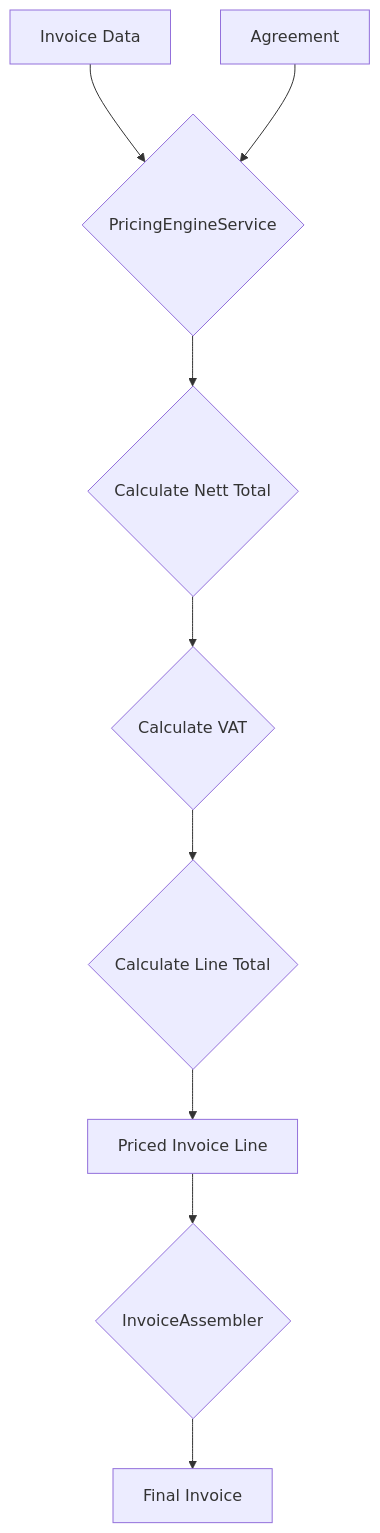
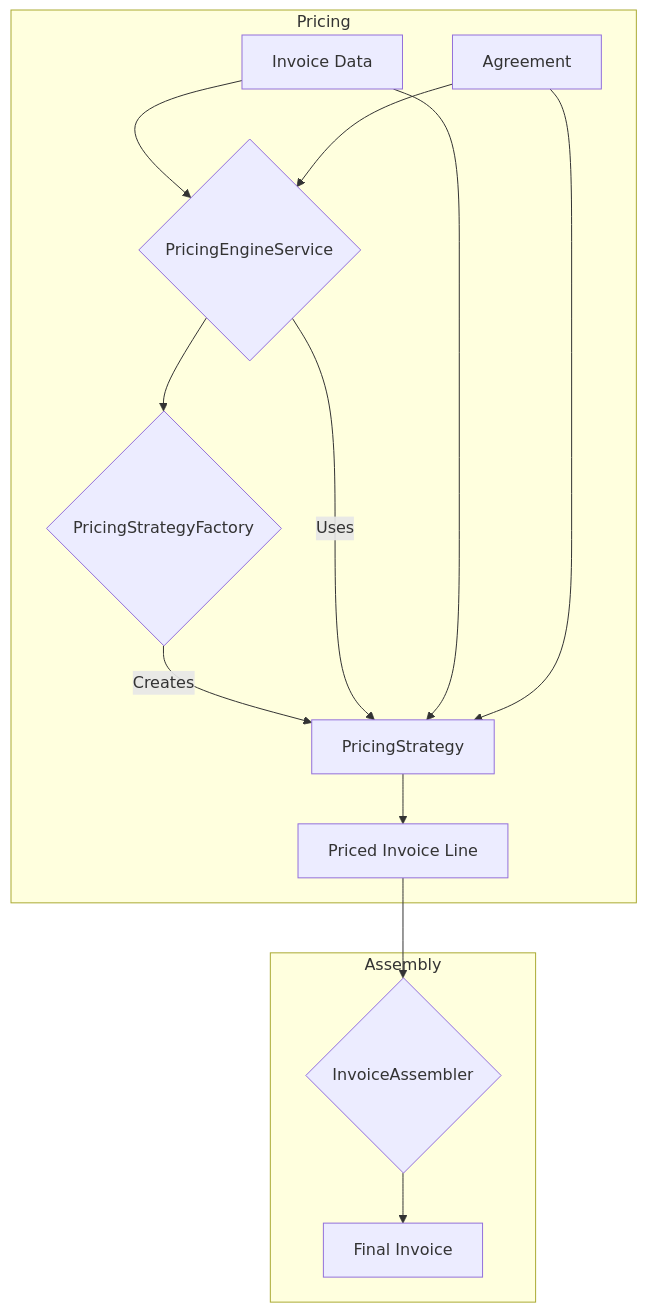
Before and after one commit to kerimala/invoiceEngine: the diagram in PRICING_LOGIC.md, drawn with Mermaid. The commit also changed other lines of this file and 17 other files, not shown here.

Commit message:
[TASK} #0 - Implemented Strategies to make agreement based pricing more modular.

````diff
--- a/PRICING_LOGIC.md
+++ b/PRICING_LOGIC.md
@@ -60,11 +54,18 @@
 ```mermaid
 graph TD
-    A[Invoice Data] --> B{PricingEngineService};
-    C[Agreement] --> B;
-    B --> D{Calculate Nett Total};
-    D --> E{Calculate VAT};
-    E --> F{Calculate Line Total};
-    F --> G[Priced Invoice Line];
-    G --> H{InvoiceAssembler};
-    H --> I[Final Invoice];
+    subgraph Pricing
+        A[Invoice Data] --> B{PricingEngineService};
+        C[Agreement] --> B;
+        B --> D{PricingStrategyFactory};
+        D -- Creates --> E[PricingStrategy];
+        B -- Uses --> E;
+        A --> E;
+        C --> E;
+        E --> F[Priced Invoice Line];
+    end
+
+    subgraph Assembly
+        F --> G{InvoiceAssembler};
+        G --> H[Final Invoice];
+    end
 ```
````
